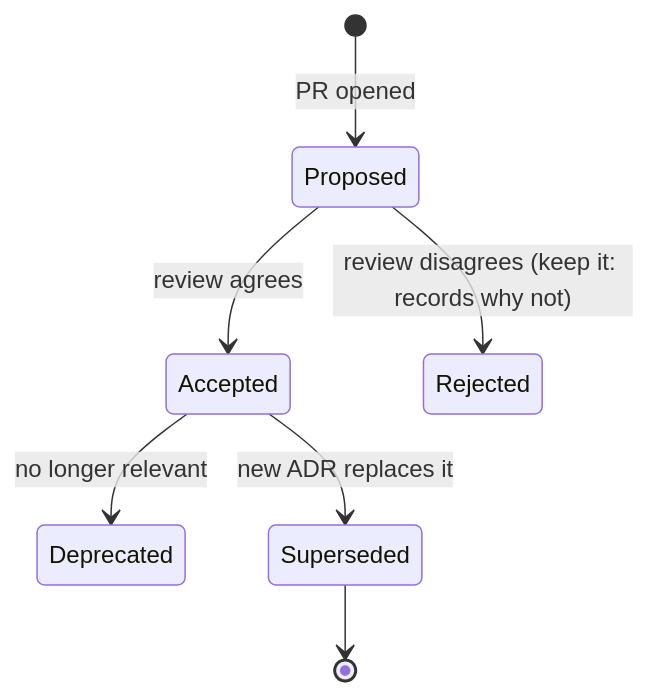
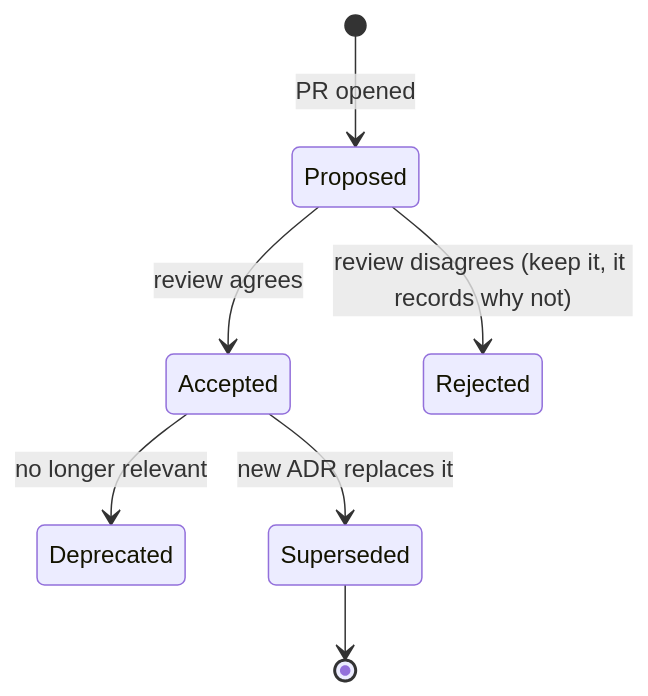
Before and after one commit to Charikshith/Guide: the first of 3 diagrams in volumes/volume-1-cs-foundations/ch23-documentation-adrs-and-readmes.md, drawn with Mermaid. The commit also changed 309 other files, not shown here.

````diff
--- a/volumes/volume-1-cs-foundations/ch23-documentation-adrs-and-readmes.md
+++ b/volumes/volume-1-cs-foundations/ch23-documentation-adrs-and-readmes.md
@@ -73,9 +73,9 @@
 ```mermaid
 stateDiagram-v2
     [*] --> Proposed: PR opened
     Proposed --> Accepted: review agrees
-    Proposed --> Rejected: review disagrees (keep it: records why not)
+    Proposed --> Rejected: review disagrees (keep it, it records why not)
     Accepted --> Deprecated: no longer relevant
     Accepted --> Superseded: new ADR replaces it
     Superseded --> [*]
 ```
````
